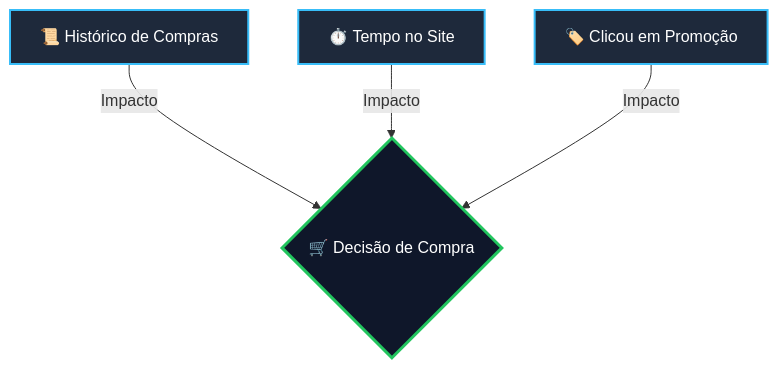
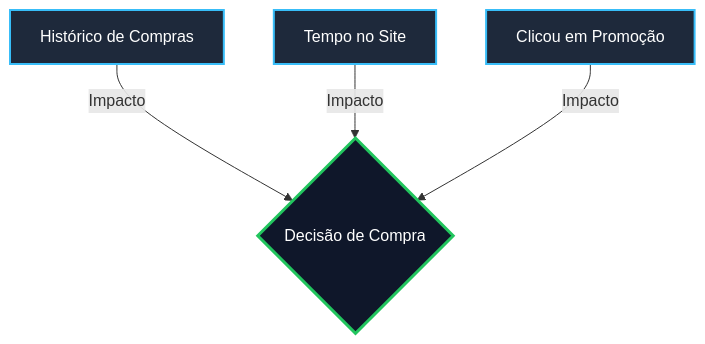
One commit to victorsitta/Bayesian-Customer-Intelligence-BCI- changed the diagram in README.md. Above: the diagram before and after it, drawn with Mermaid. The commit also changed other lines of this file, not shown here.

````diff
--- a/README.md
+++ b/README.md
@@ -38,11 +38,11 @@
 ```mermaid
 graph TD
-    A[📜 Histórico de Compras] -->|Impacto| D{🛒 Decisão de Compra}
-    B[⏱️ Tempo no Site] -->|Impacto| D
-    C[🏷️ Clicou em Promoção] -->|Impacto| D
+    A[Histórico de Compras] -->|Impacto| D{Decisão de Compra}
+    B[Tempo no Site] -->|Impacto| D
+    C[Clicou em Promoção] -->|Impacto| D
 
     style A fill:#1e293b,stroke:#38bdf8,stroke-width:2px,color:#fff
     style B fill:#1e293b,stroke:#38bdf8,stroke-width:2px,color:#fff
     style C fill:#1e293b,stroke:#38bdf8,stroke-width:2px,color:#fff
     style D fill:#0f172a,stroke:#22c55e,stroke-width:3px,color:#fff
 ```
````
